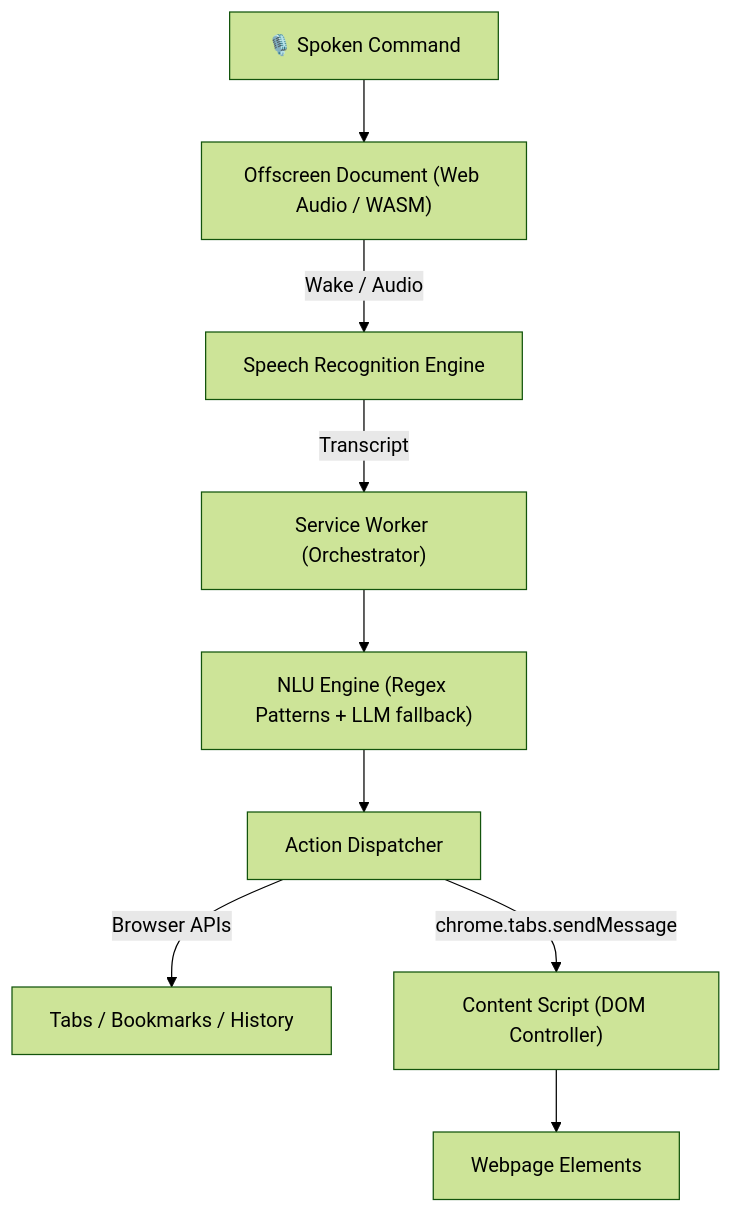
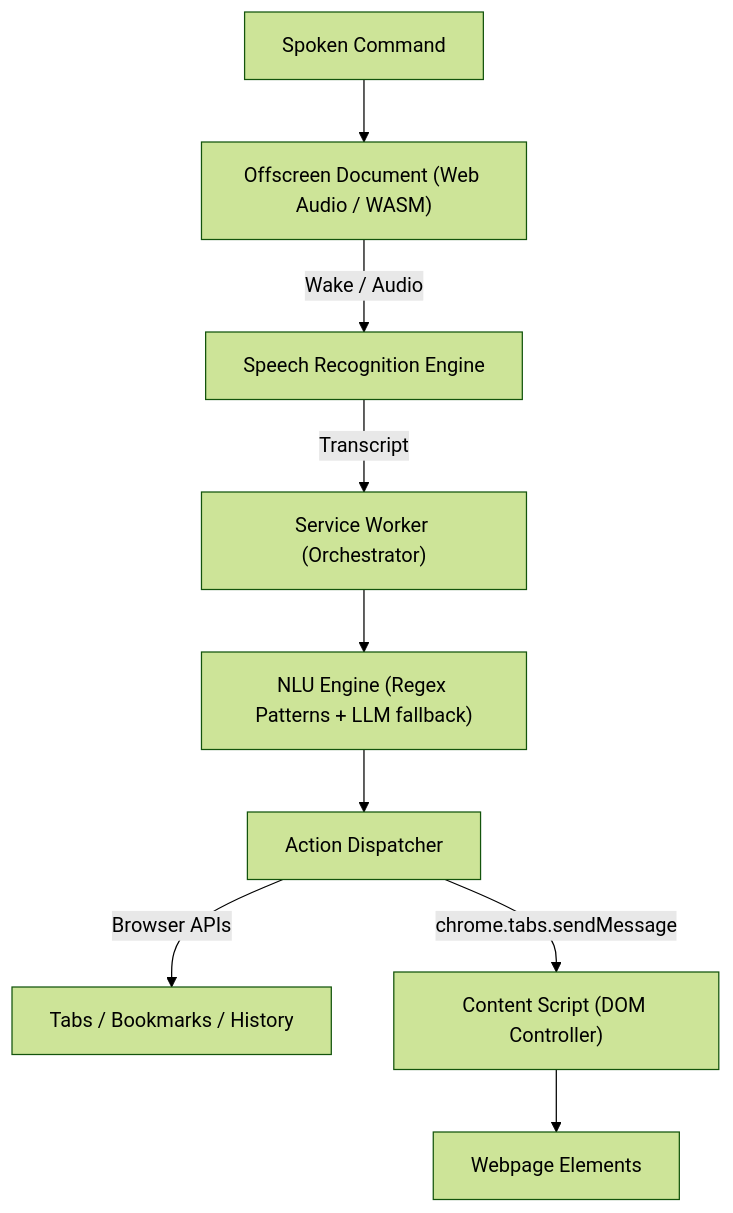
One commit to Harsh-code47/VORDI changed the diagram in README.md. Above: the diagram before and after it, drawn with Mermaid (forest theme).

Commit message:
Fix typo in spoken command description

````diff
--- a/README.md
+++ b/README.md
@@ -24,11 +24,11 @@
 ```mermaid
 flowchart TD
-    User["🎙️ Spoken Command"] --> Offscreen["Offscreen Document (Web Audio / WASM)"]
+    User["Spoken Command"] --> Offscreen["Offscreen Document (Web Audio / WASM)"]
     Offscreen -->|Wake / Audio| ASR["Speech Recognition Engine"]
     ASR -->|Transcript| SW["Service Worker (Orchestrator)"]
     SW --> NLU["NLU Engine (Regex Patterns + LLM fallback)"]
     NLU --> Dispatcher["Action Dispatcher"]
     Dispatcher -->|Browser APIs| Tabs["Tabs / Bookmarks / History"]
     Dispatcher -->|chrome.tabs.sendMessage| Content["Content Script (DOM Controller)"]
     Content --> DOM["Webpage Elements"]
 ```
````
